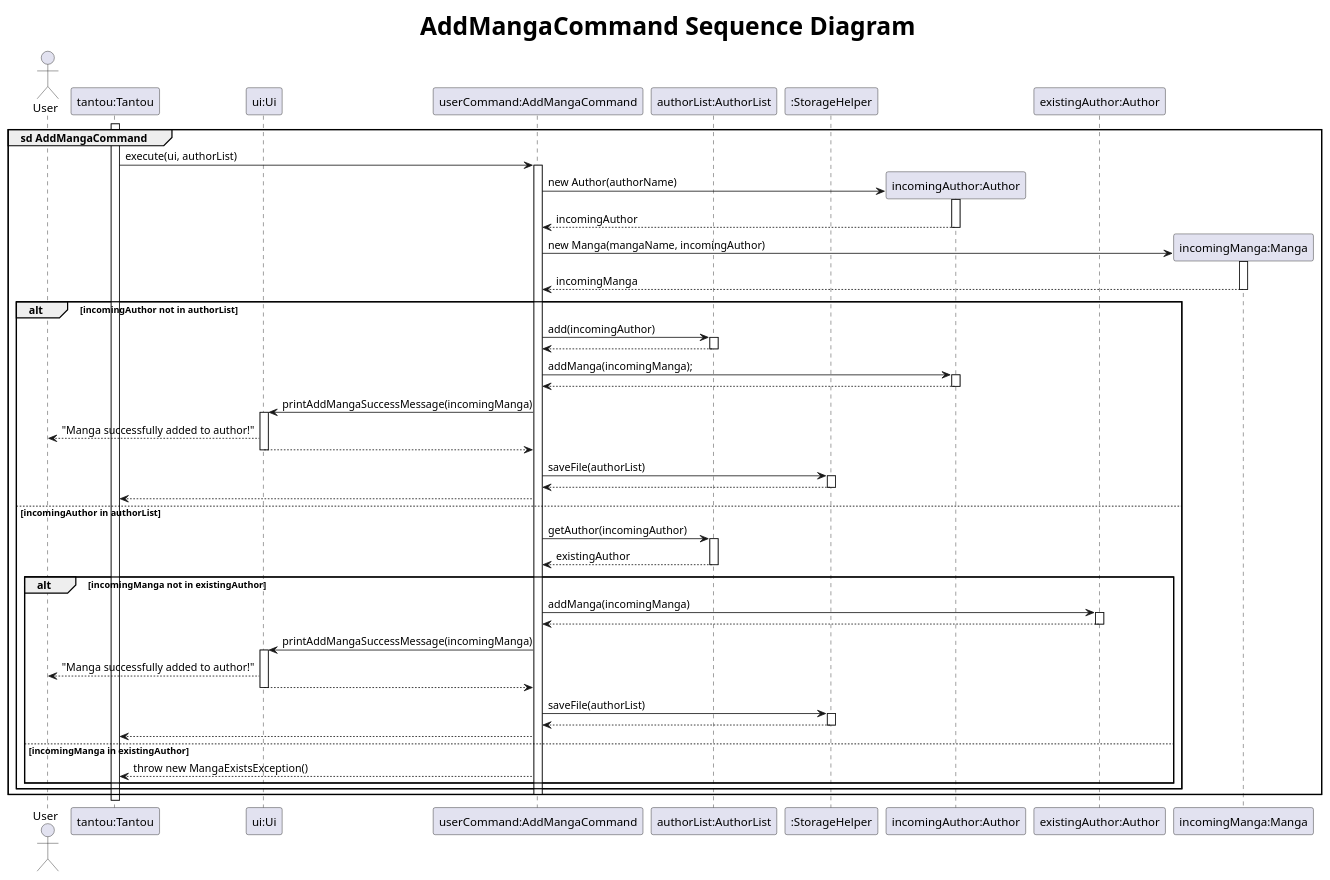
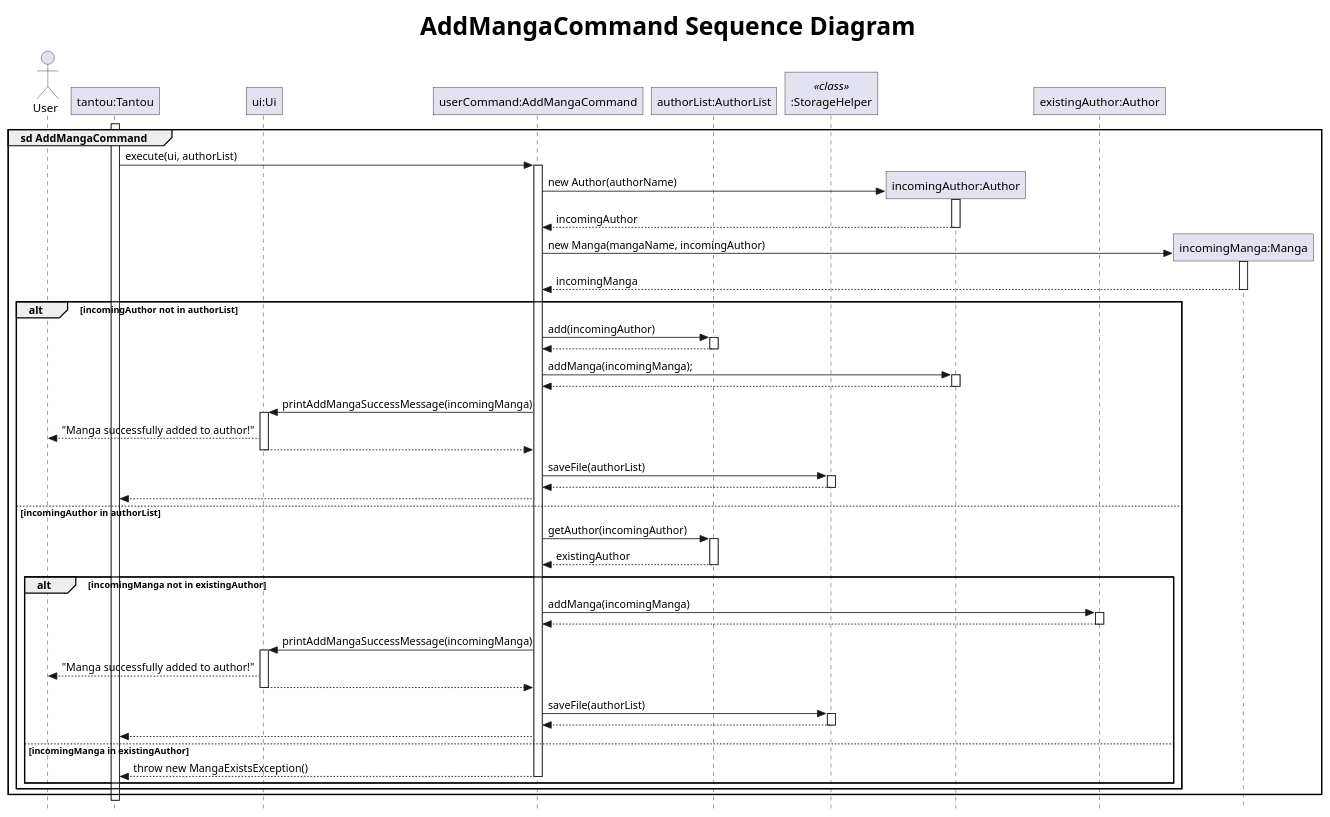
One commit to xenthm/tp changed the diagram in docs/uml/puml/AddMangaSequence.puml. Above: the diagram before and after it, drawn with PlantUML. The commit also changed 1 other file, not shown here.

Commit message:
Update AddAuthorCommand sequence diagram

```diff
--- a/docs/uml/puml/AddMangaSequence.puml
+++ b/docs/uml/puml/AddMangaSequence.puml
@@ -1,88 +1,88 @@
 @startuml
-autoactivate off
 title <size:30> AddMangaCommand Sequence Diagram
+hide footbox
+skinparam roundCorner 0
+skinparam style strictuml
 
 actor User
 participant "tantou:Tantou" as tantou
 participant "ui:Ui" as ui
 participant "userCommand:AddMangaCommand" as userCommand
 participant "authorList:AuthorList" as authorList
-participant ":StorageHelper" as storage
+participant ":StorageHelper" as storage <<class>>
 participant "incomingAuthor:Author" as author
 participant "existingAuthor:Author" as existingAuthor
 participant "incomingManga:Manga" as manga
 
 activate tantou
 group sd AddMangaCommand
 
     tantou -> userCommand : execute(ui, authorList)
     activate userCommand
 
     create author
     userCommand -> author : new Author(authorName)
     activate author
     author --> userCommand : incomingAuthor
     deactivate author
 
     create manga
     userCommand -> manga : new Manga(mangaName, incomingAuthor)
     activate manga
     manga --> userCommand : incomingManga
     deactivate manga
 
     alt incomingAuthor not in authorList
         userCommand -> authorList : add(incomingAuthor)
         activate authorList
         authorList --> userCommand
         deactivate authorList
 
         userCommand -> author : addManga(incomingManga);
         activate author
         author --> userCommand
         deactivate author
 
         userCommand -> ui : printAddMangaSuccessMessage(incomingManga)
         activate ui
         ui --> User : "Manga successfully added to author!"
         ui --> userCommand
         deactivate ui
 
         userCommand -> storage : saveFile(authorList)
         activate storage
         storage --> userCommand
         deactivate storage
         userCommand --> tantou
 
     else incomingAuthor in authorList
         userCommand -> authorList : getAuthor(incomingAuthor)
         activate authorList
         authorList --> userCommand : existingAuthor
         deactivate authorList
 
         alt incomingManga not in existingAuthor
             userCommand -> existingAuthor : addManga(incomingManga)
             activate existingAuthor
             existingAuthor --> userCommand
             deactivate existingAuthor
 
             userCommand -> ui : printAddMangaSuccessMessage(incomingManga)
             activate ui
             ui --> User : "Manga successfully added to author!"
             ui --> userCommand
             deactivate ui
 
             userCommand -> storage : saveFile(authorList)
             activate storage
             storage --> userCommand
             deactivate storage
             userCommand --> tantou
         else incomingManga in existingAuthor
             userCommand --> tantou : throw new MangaExistsException()
+            deactivate userCommand
         end
     end
-
-    deactivate userCommand
 end
 deactivate tantou
-autoactivate on
 @enduml
```
